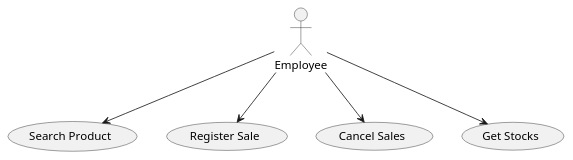
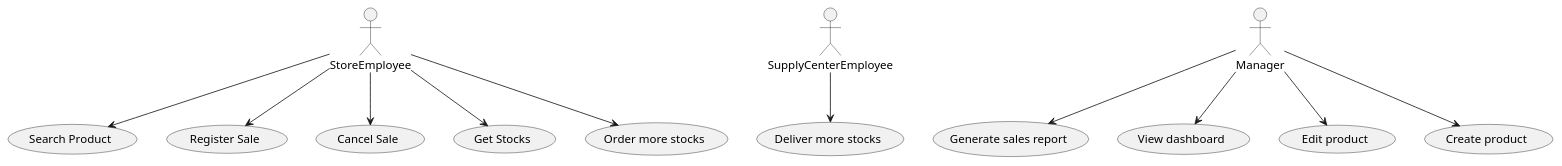
Before and after one commit to ThePhobosDeimosSuite/laboratoire-0_log430: the diagram in docs/UML/use_case.puml, drawn with PlantUML. The commit also changed 21 other files, not shown here.

```diff
--- a/docs/UML/use_case.puml
+++ b/docs/UML/use_case.puml
@@ -1,14 +1,29 @@
 @startuml use_case
-actor Employee
+actor StoreEmployee
+actor SupplyCenterEmployee
+actor Manager
 
 usecase "Search Product" as UC1
 usecase "Register Sale" as UC2
-usecase "Cancel Sales" as UC3
+usecase "Cancel Sale" as UC3
 usecase "Get Stocks" as UC4
+usecase "Order more stocks" as UC5
 
+usecase "Deliver more stocks" as UC6
 
-Employee --> UC1
-Employee --> UC2
-Employee --> UC3
-Employee --> UC4
+usecase "Generate sales report" as UC7
+usecase "View dashboard" as UC8
+usecase "Edit product" as UC9
+usecase "Create product" as UC10
+
+StoreEmployee --> UC1
+StoreEmployee --> UC2
+StoreEmployee --> UC3
+StoreEmployee --> UC4
+StoreEmployee --> UC5
+SupplyCenterEmployee --> UC6
+Manager --> UC7
+Manager --> UC8
+Manager --> UC9
+Manager --> UC10
 @enduml
```
